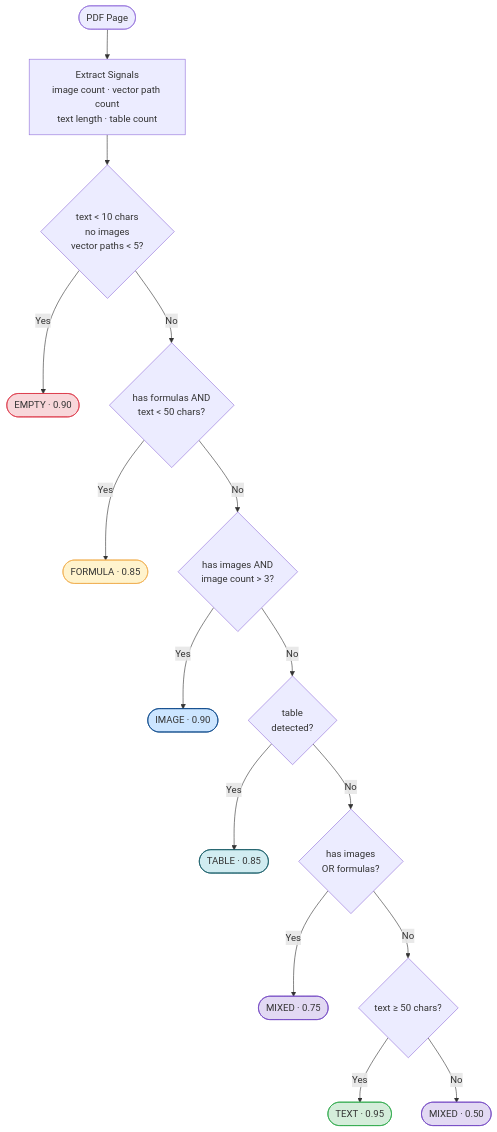
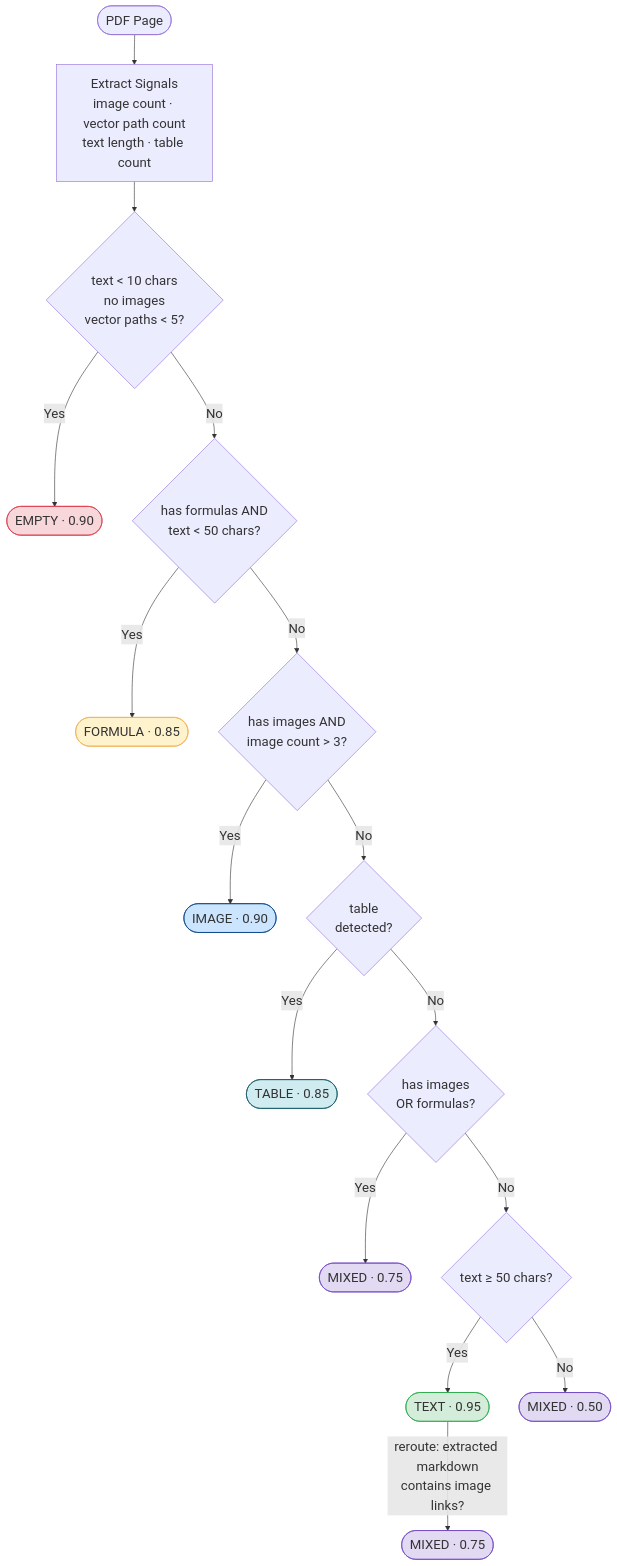
The diagram in Thesis_Paper/diagrams/classifier.mmd (noormartini/pdf2md), drawn with Mermaid before and after one commit. The commit also changed 10 other files, not shown here.

```diff
--- a/Thesis_Paper/diagrams/classifier.mmd
+++ b/Thesis_Paper/diagrams/classifier.mmd
@@ -1,29 +1,33 @@
+%%{init: {'theme': 'default', 'themeVariables': {'fontSize': '22px', 'fontFamily': 'arial'}}}%%
 flowchart TD
     A([PDF Page]) --> B[Extract Signals\nimage count · vector path count\ntext length · table count]
 
     B --> C{text < 10 chars\nno images\nvector paths < 5?}
     C -->|Yes| D([EMPTY · 0.90])
 
     C -->|No| E{has formulas AND\ntext < 50 chars?}
     E -->|Yes| F([FORMULA · 0.85])
 
     E -->|No| G{has images AND\nimage count > 3?}
     G -->|Yes| H([IMAGE · 0.90])
 
     G -->|No| I{table\ndetected?}
     I -->|Yes| J([TABLE · 0.85])
 
     I -->|No| K{has images\nOR formulas?}
     K -->|Yes| L([MIXED · 0.75])
 
     K -->|No| M{text ≥ 50 chars?}
     M -->|Yes| N([TEXT · 0.95])
     M -->|No| O([MIXED · 0.50])
 
+    N -->|reroute: extracted markdown\ncontains image links?| P([MIXED · 0.75])
+
     style D fill:#f8d7da,stroke:#dc3545
     style F fill:#fff3cd,stroke:#f0ad4e
     style H fill:#cce5ff,stroke:#004085
     style J fill:#d1ecf1,stroke:#0c5460
     style L fill:#e2d9f3,stroke:#6f42c1
     style N fill:#d4edda,stroke:#28a745
     style O fill:#e2d9f3,stroke:#6f42c1
+    style P fill:#e2d9f3,stroke:#6f42c1
```
